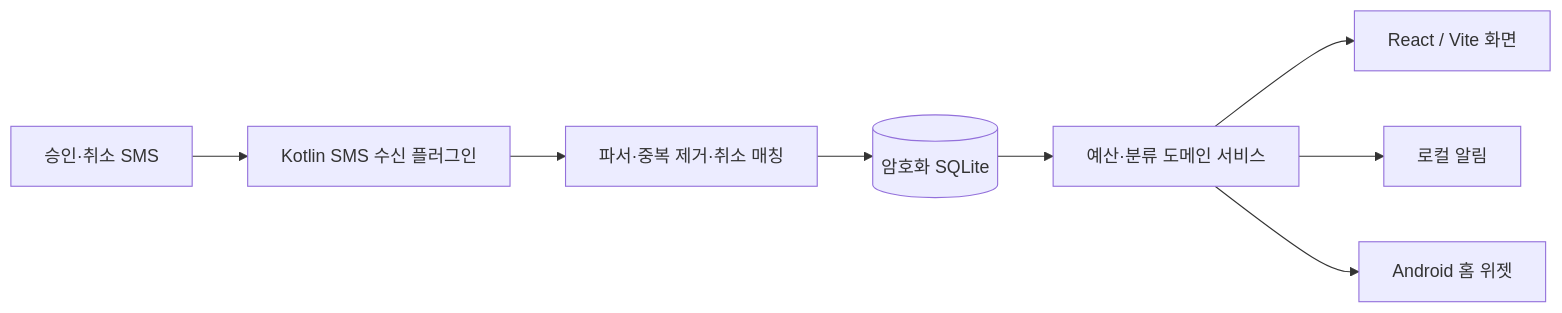
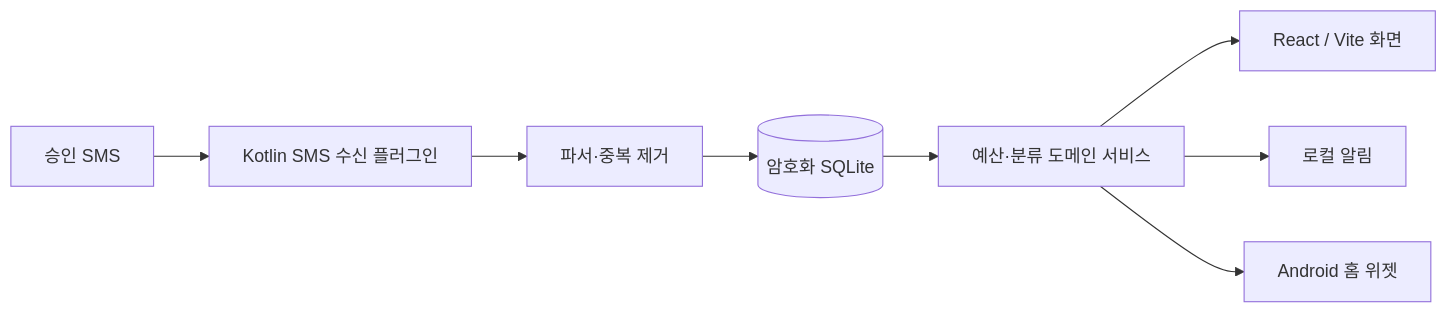
One commit to cjsan30/shinhanaccount changed the diagram in docs/02-technical-design.md. Above: the diagram before and after it, drawn with Mermaid. The commit also changed other lines of this file and 15 other files, not shown here.

````diff
--- a/docs/02-technical-design.md
+++ b/docs/02-technical-design.md
@@ -19,10 +19,10 @@
 ```mermaid
 flowchart LR
-  SMS["승인·취소 SMS"] --> Native["Kotlin SMS 수신 플러그인"]
-  Native --> Parse["파서·중복 제거·취소 매칭"]
+  SMS["승인 SMS"] --> Native["Kotlin SMS 수신 플러그인"]
+  Native --> Parse["파서·중복 제거"]
   Parse --> DB[("암호화 SQLite")]
   DB --> Domain["예산·분류 도메인 서비스"]
   Domain --> UI["React / Vite 화면"]
   Domain --> Notice["로컬 알림"]
   Domain --> Widget["Android 홈 위젯"]
 ```
````
